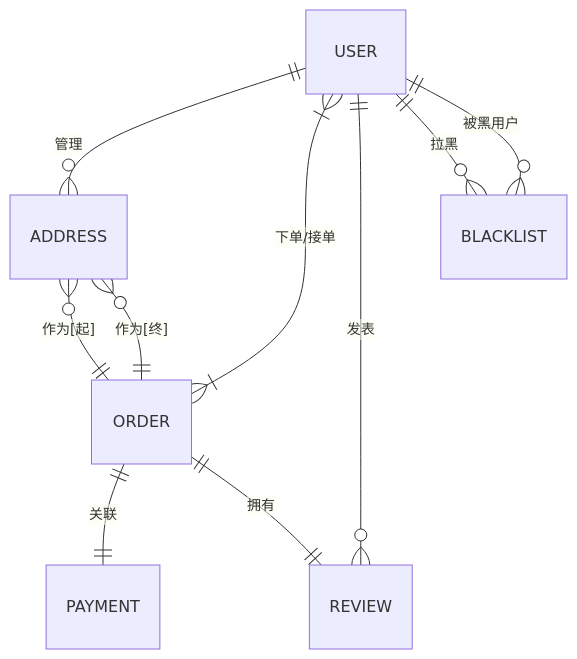
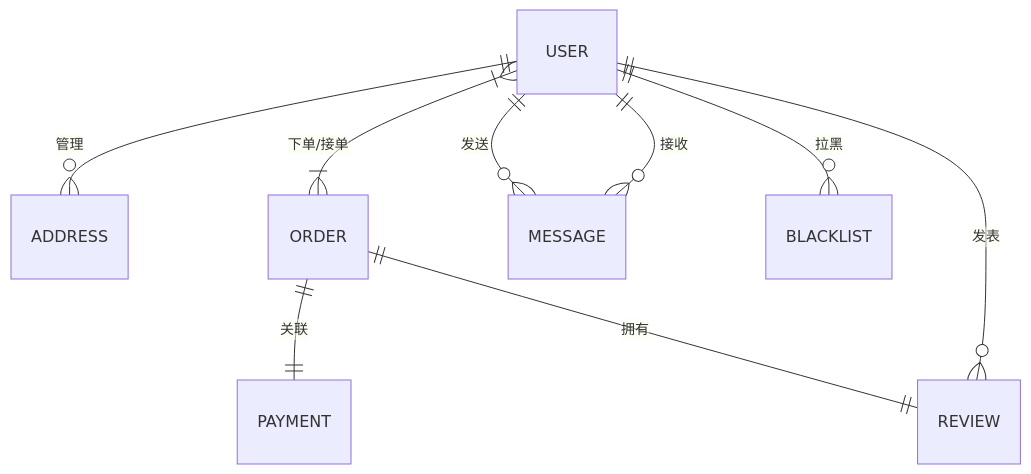
One commit to SolaneJ/Dongpaopao changed the diagram in docs/erDiagram.mermaid. Above: the diagram before and after it, drawn with Mermaid. The commit also changed 3 other files, not shown here.

Commit message:
[refactor] 重构关系模型、类图、数据库等，并修正了自述文档

```diff
--- a/docs/erDiagram.mermaid
+++ b/docs/erDiagram.mermaid
@@ -1,23 +1,18 @@
 erDiagram
-%% 核心模块
     USER ||--o{ ADDRESS : "管理"
     USER }|--|{ ORDER : "下单/接单"
     ORDER ||--|| PAYMENT : "关联"
-    ADDRESS }o--|| ORDER : "作为[起]"
-    ADDRESS }o--|| ORDER : "作为[终]"
-
-%% 评价系统
+    USER ||--o{ MESSAGE : "发送"
+    USER ||--o{ MESSAGE : "接收"
+    USER ||--o{ BLACKLIST : "拉黑"
+    ORDER ||--|| REVIEW : "拥有"
     USER ||--o{ REVIEW : "发表"
-    ORDER ||--|| REVIEW : "拥有"
-
-%% 黑名单系统
-    USER ||--o{ BLACKLIST : "拉黑"
-    BLACKLIST }o--|| USER : "被黑用户"
 
 %% 实体定义
     USER { }
     ADDRESS { }
     ORDER { }
     PAYMENT { }
+    MESSAGE { }
+    BLACKLIST { }
     REVIEW { }
-    BLACKLIST { }
```
